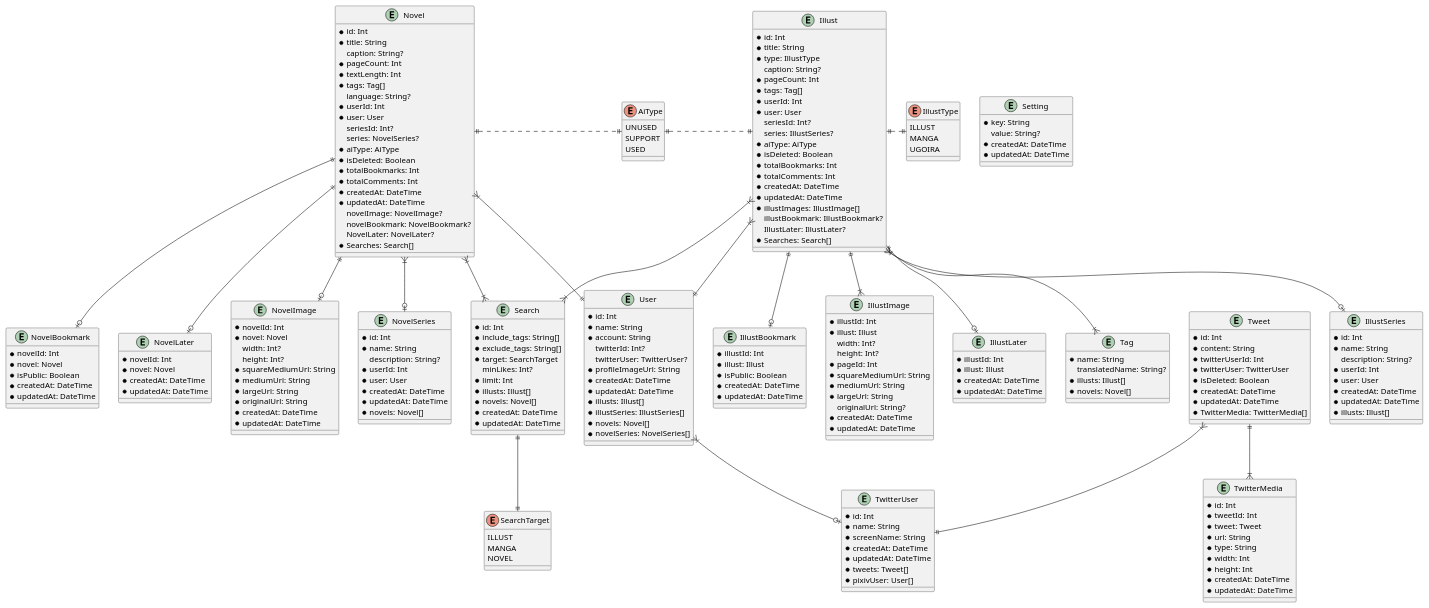
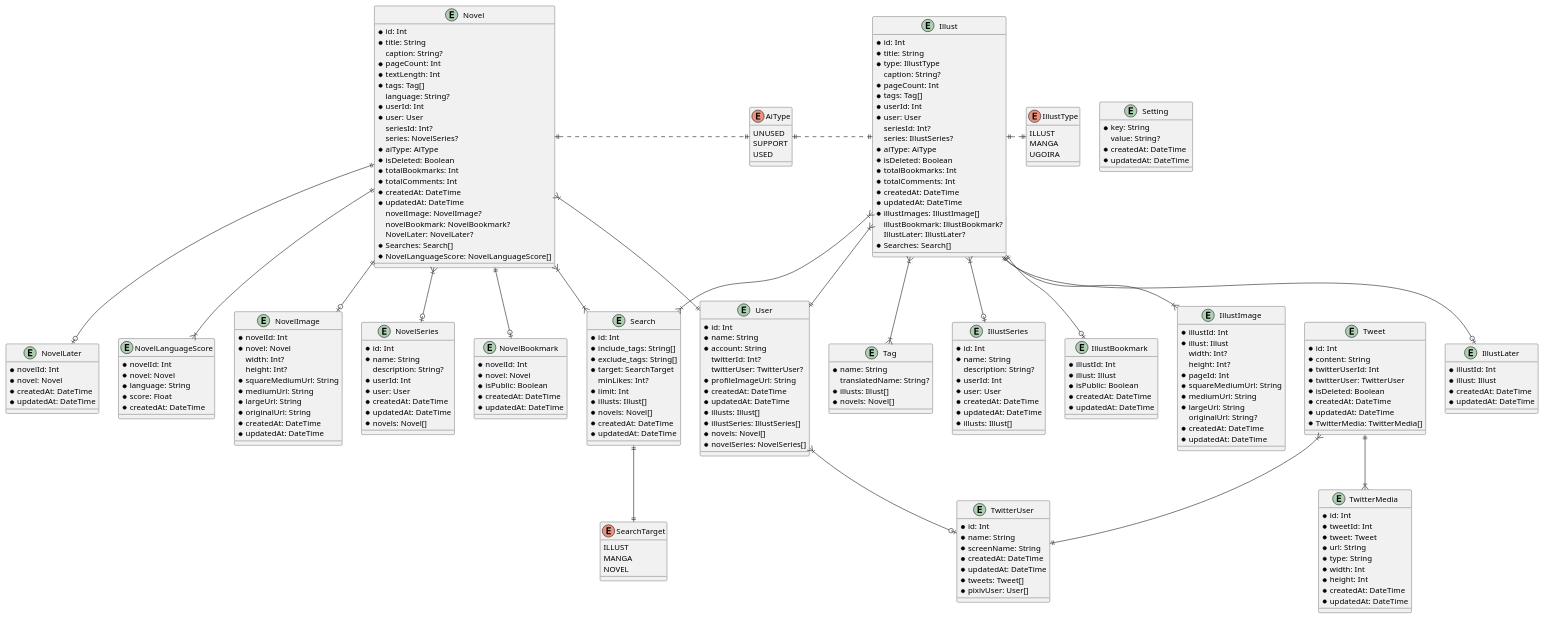
One commit to tomacheese/my-pixiv changed the diagram in packages/db/prisma/schema.pu. Above: the diagram before and after it, drawn with PlantUML. The commit also changed 2 other files, not shown here.

Commit message:
feat(db-schema): 小説の言語スコアを追加

```diff
--- a/packages/db/prisma/schema.pu
+++ b/packages/db/prisma/schema.pu
@@ -103,6 +103,7 @@
   novelBookmark: NovelBookmark?
   NovelLater: NovelLater?
   * Searches: Search[]
+  * NovelLanguageScore: NovelLanguageScore[]
 }
 
 entity NovelImage {
@@ -142,6 +143,14 @@
   * novel: Novel
   * createdAt: DateTime
   * updatedAt: DateTime
+}
+
+entity NovelLanguageScore {
+  * novelId: Int
+  * novel: Novel
+  * language: String
+  * score: Float
+  * createdAt: DateTime
 }
 
 entity Search {
@@ -232,6 +241,7 @@
 Novel }|--o| NovelSeries
 Novel ||--o| NovelBookmark
 Novel ||--o| NovelLater
+Novel ||--|{ NovelLanguageScore
 Novel }|--|{ Search
 Illust }|--|{ Tag
 Illust }|--|| User
```
